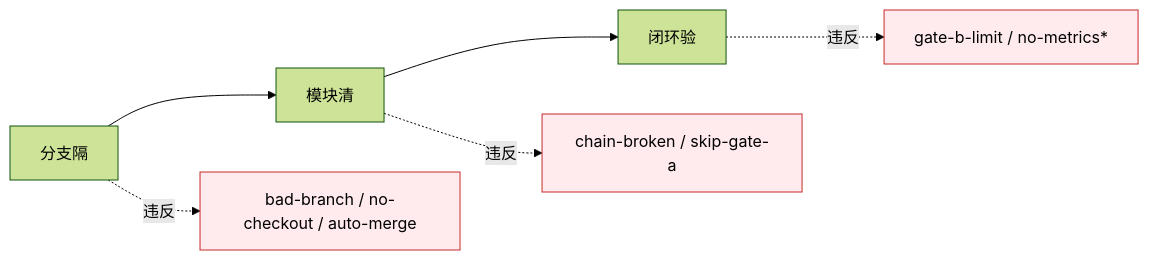
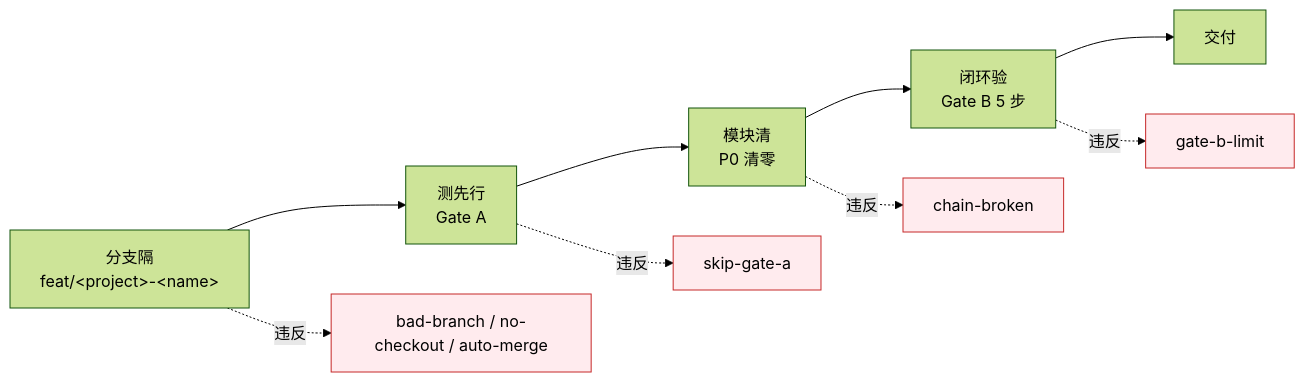
One commit to effiy/YrY changed the diagram in rules/code-pipeline.md. Above: the diagram before and after it, drawn with Mermaid (forest theme). The commit also changed other lines of this file and 15 other files, not shown here.

````diff
--- a/rules/code-pipeline.md
+++ b/rules/code-pipeline.md
@@ -14,8 +10,10 @@
 ```mermaid
 flowchart LR
-    Br[分支隔] --> Mo[模块清] --> Ve[闭环验]
-    Br -.违反.-> X1[bad-branch / no-checkout / auto-merge]:::block
-    Mo -.违反.-> X2[chain-broken / skip-gate-a]:::block
-    Ve -.违反.-> X3[gate-b-limit / no-metrics*]:::block
-    classDef block fill:#ffebee,stroke:#c62828;
+    Br[分支隔<br/>feat/&lt;project&gt;-&lt;name&gt;] --> Te[测先行<br/>Gate A] --> Mo[模块清<br/>P0 清零]
+    Mo --> Ve[闭环验<br/>Gate B 5 步] --> De[交付]
+    classDef bad fill:#ffebee,stroke:#c62828;
+    Br -.违反.-> X1[bad-branch / no-checkout / auto-merge]:::bad
+    Te -.违反.-> X2[skip-gate-a]:::bad
+    Mo -.违反.-> X3[chain-broken]:::bad
+    Ve -.违反.-> X4[gate-b-limit]:::bad
 ```
````
